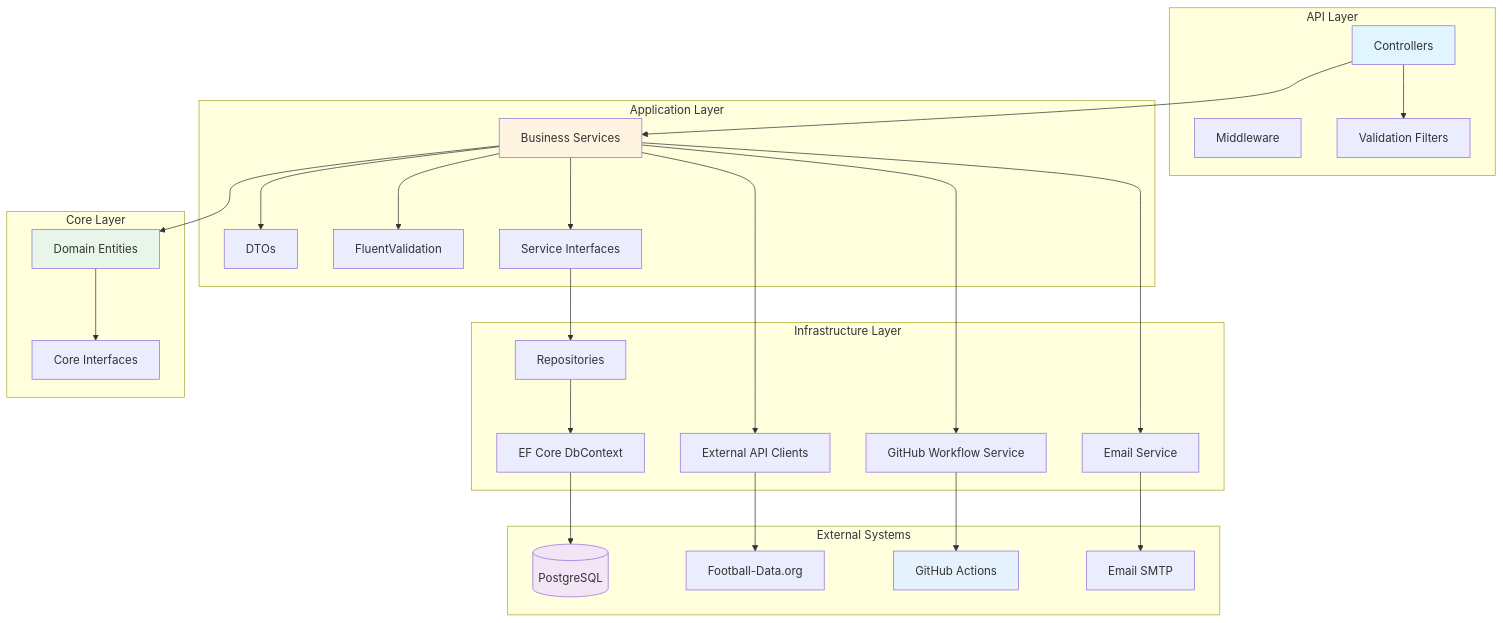
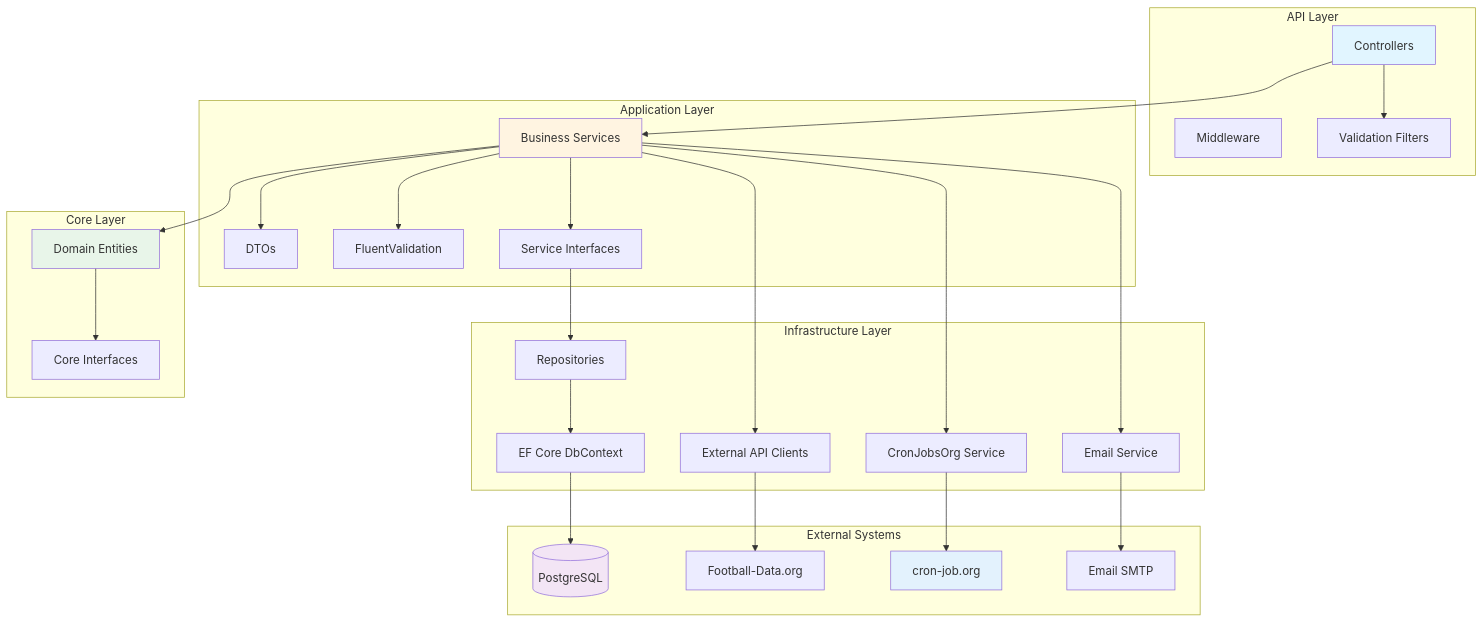
Before and after one commit to nickbutler25/PremierLeaguePredictions: the first of 2 diagrams in backend/README.md, drawn with Mermaid. The commit also changed other lines of this file and 13 other files, not shown here.

First line of the commit message:
Retire GitHub Actions scheduler: docs, dead code, and render.yaml

````diff
--- a/backend/README.md
+++ b/backend/README.md
@@ -22,58 +22,58 @@
 ```mermaid
 graph TB
     subgraph "API Layer"
         Controllers[Controllers]
         Middleware[Middleware]
         Filters[Validation Filters]
     end
 
     subgraph "Application Layer"
         Services[Business Services]
         DTOs[DTOs]
         Validators[FluentValidation]
         Interfaces[Service Interfaces]
     end
 
     subgraph "Infrastructure Layer"
         Repositories[Repositories]
         DbContext[EF Core DbContext]
         ExternalAPIs[External API Clients]
-        GitHubService[GitHub Workflow Service]
+        CronService[CronJobsOrg Service]
         EmailService[Email Service]
     end
 
     subgraph "Core Layer"
         Entities[Domain Entities]
         CoreInterfaces[Core Interfaces]
     end
 
     subgraph "External Systems"
         DB[(PostgreSQL)]
         FootballAPI[Football-Data.org]
-        GitHub[GitHub Actions]
+        CronOrg[cron-job.org]
         SMTP[Email SMTP]
     end
 
     Controllers --> Services
     Controllers --> Filters
     Services --> Interfaces
     Services --> DTOs
     Services --> Validators
     Interfaces --> Repositories
     Repositories --> DbContext
     DbContext --> DB
     Services --> ExternalAPIs
     ExternalAPIs --> FootballAPI
-    Services --> GitHubService
-    GitHubService --> GitHub
+    Services --> CronService
+    CronService --> CronOrg
     Services --> EmailService
     EmailService --> SMTP
     Entities --> CoreInterfaces
     Services --> Entities
 
     style Controllers fill:#e1f5ff
     style Services fill:#fff4e1
     style Entities fill:#e8f5e9
     style DB fill:#f3e5f5
-    style GitHub fill:#e3f2fd
+    style CronOrg fill:#e3f2fd
 ```
````
